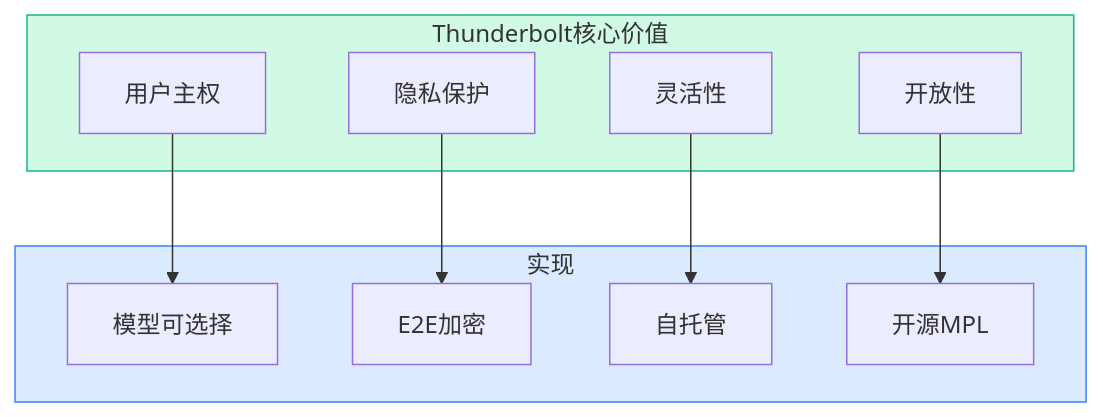
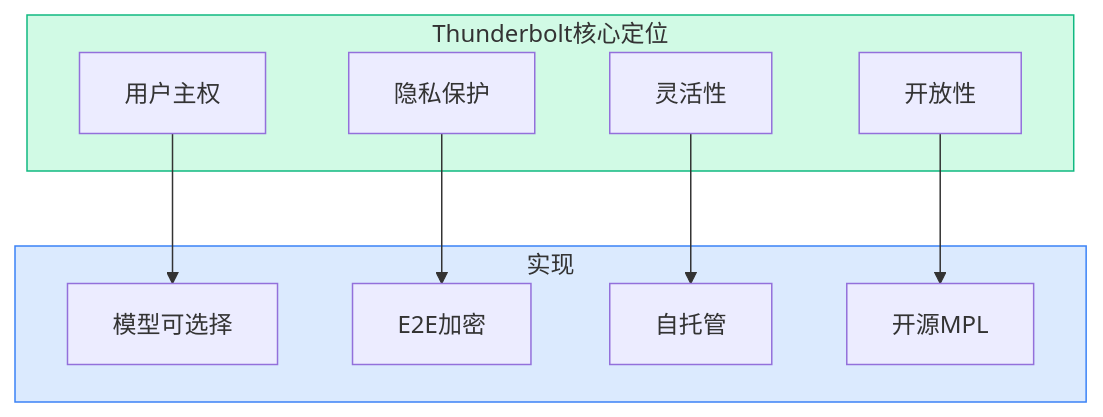
The ninth of 11 diagrams in content/posts/tech/thunderbolt-thunderbird-ai-client.md (A1pha3/text-matrix), drawn with Mermaid before and after one commit. The commit also changed other lines of this file and 547 other files, not shown here.

````diff
--- a/content/posts/tech/thunderbolt-thunderbird-ai-client.md
+++ b/content/posts/tech/thunderbolt-thunderbird-ai-client.md
@@ -886,24 +886,24 @@
 ```mermaid
 flowchart TD
-    subgraph Value[Thunderbolt核心价值]
+    subgraph Value[Thunderbolt核心定位]
         S1[用户主权]
         S2[隐私保护]
         S3[灵活性]
         S4[开放性]
     end
 
     subgraph 实现
         I1[模型可选择]
         I2[E2E加密]
         I3[自托管]
         I4[开源MPL]
     end
 
     S1 --> I1
     S2 --> I2
     S3 --> I3
     S4 --> I4
 
     style Value fill:#d1fae5,stroke:#10b981
     style 实现 fill:#dbeafe,stroke:#3b82f6
 ```
````
